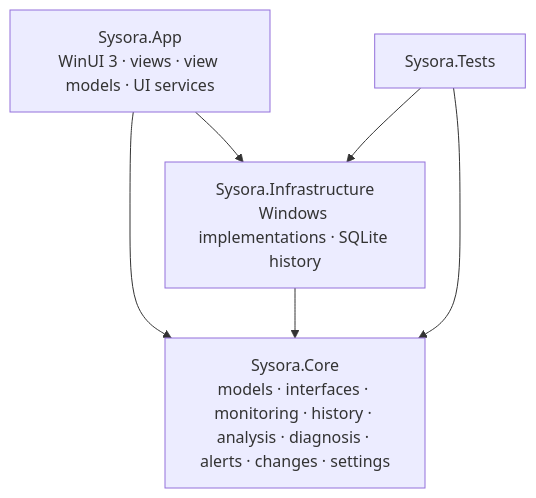
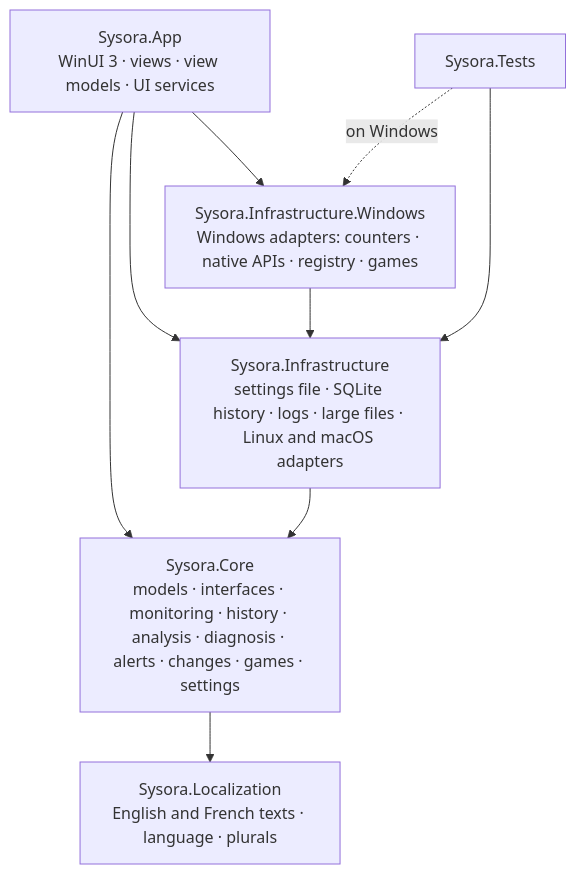
Before and after one commit to Elpo55/Sysora: the first of 4 diagrams in docs/architecture.md, drawn with Mermaid. The commit also changed other lines of this file and 15 other files, not shown here.

````diff
--- a/docs/architecture.md
+++ b/docs/architecture.md
@@ -5,12 +5,17 @@
 ```mermaid
 flowchart TB
     App["Sysora.App<br/>WinUI 3 · views · view models · UI services"]
-    Core["Sysora.Core<br/>models · interfaces · monitoring · history · analysis · diagnosis · alerts · changes · settings"]
-    Infra["Sysora.Infrastructure<br/>Windows implementations · SQLite history"]
+    Win["Sysora.Infrastructure.Windows<br/>Windows adapters: counters · native APIs · registry · games"]
+    Infra["Sysora.Infrastructure<br/>settings file · SQLite history · logs · large files · Linux and macOS adapters"]
+    Core["Sysora.Core<br/>models · interfaces · monitoring · history · analysis · diagnosis · alerts · changes · games · settings"]
+    Loc["Sysora.Localization<br/>English and French texts · language · plurals"]
     Tests["Sysora.Tests"]
+    App --> Win
+    App --> Infra
     App --> Core
-    App --> Infra
+    Win --> Infra
     Infra --> Core
-    Tests --> Core
+    Core --> Loc
     Tests --> Infra
+    Tests -. on Windows .-> Win
 ```
````
